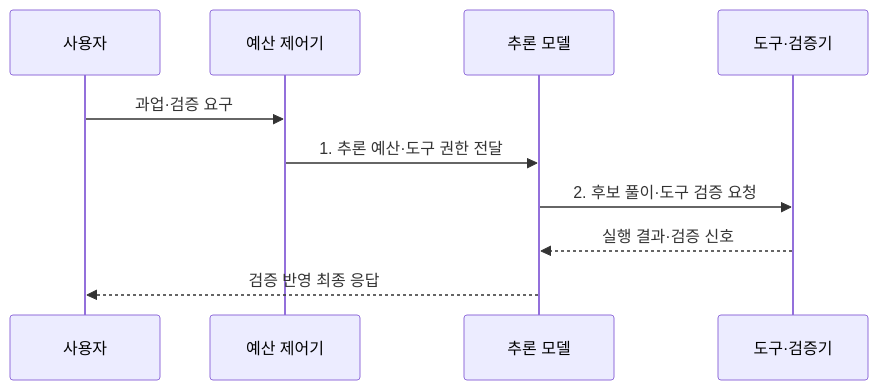
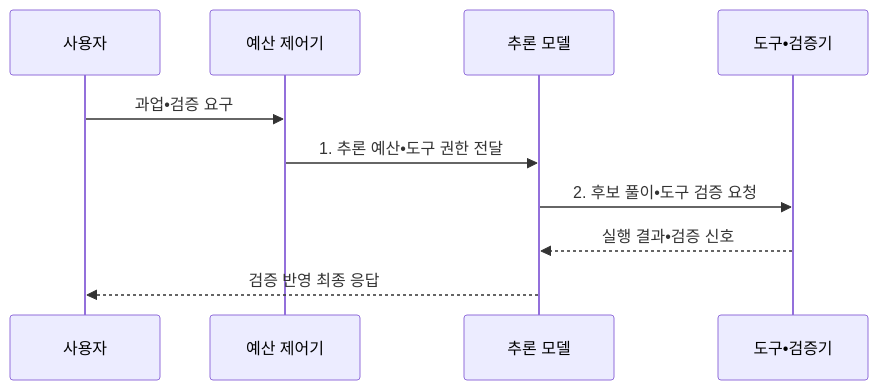
The second of 2 diagrams in src/content/docs/notes/08-latest-tech/041_reasoning_llm.md (agnusdei1207/knowledge-base), drawn with Mermaid before and after one commit. The commit also changed other lines of this file and 953 other files, not shown here.

````diff
--- a/src/content/docs/notes/08-latest-tech/041_reasoning_llm.md
+++ b/src/content/docs/notes/08-latest-tech/041_reasoning_llm.md
@@ -103,12 +103,12 @@
 ```mermaid
 sequenceDiagram
     participant U as 사용자
     participant C as 예산 제어기
     participant M as 추론 모델
-    participant V as 도구·검증기
-    U->>C: 과업·검증 요구
-    C->>M: 1. 추론 예산·도구 권한 전달
-    M->>V: 2. 후보 풀이·도구 검증 요청
-    V-->>M: 실행 결과·검증 신호
+    participant V as 도구•검증기
+    U->>C: 과업•검증 요구
+    C->>M: 1. 추론 예산•도구 권한 전달
+    M->>V: 2. 후보 풀이•도구 검증 요청
+    V-->>M: 실행 결과•검증 신호
     M-->>U: 검증 반영 최종 응답
 ```
````
